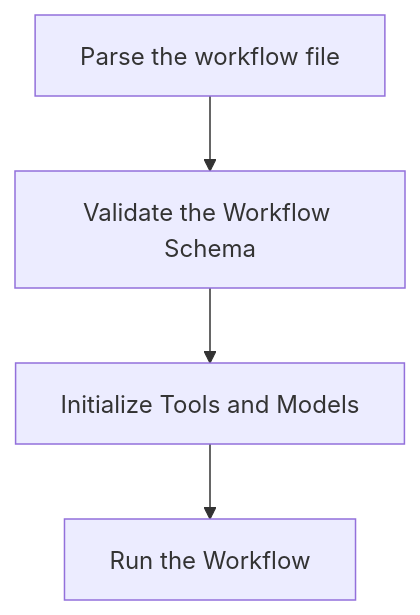
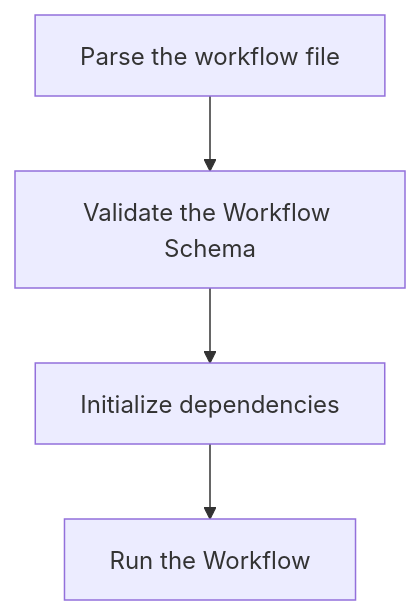
The diagram in design/run-process.md (modelflux/modelflux), drawn with Mermaid before and after one commit.

````diff
--- a/design/run-process.md
+++ b/design/run-process.md
@@ -23,6 +23,6 @@
 ```mermaid
 graph TD;
     A[Parse the workflow file] --> B[Validate the Workflow Schema]
-    B --> C[Initialize Tools and Models]
+    B --> C[Initialize dependencies]
     C --> D[Run the Workflow]
 ```
````
